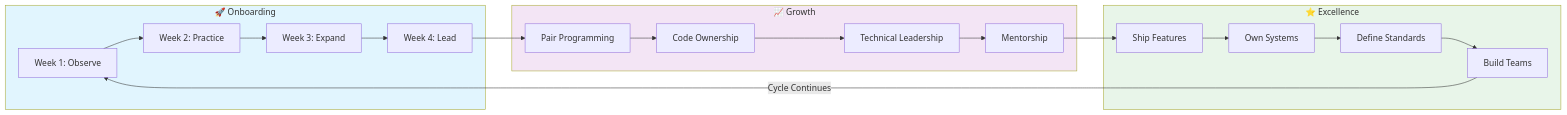
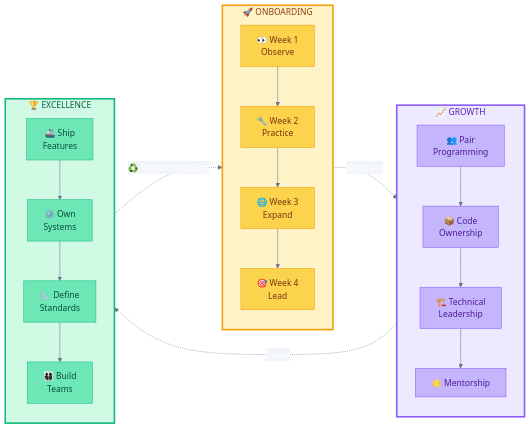
One commit to vadym-shukurov/management-and-culture changed the first of 2 diagrams in README.md. Above: the diagram before and after it, drawn with Mermaid. The commit also changed other lines of this file, not shown here.

Commit message:
Enhance Mermaid diagrams with beautiful styling
- Custom theme with vibrant colors
- Emoji icons for visual appeal
- Gradient-style node coloring
- Styled borders and connections
- Improved readability with multi-line labels

````diff
--- a/README.md
+++ b/README.md
@@ -17,28 +17,53 @@
 ```mermaid
+%%{init: {'theme': 'base', 'themeVariables': { 'primaryColor': '#6366f1', 'primaryTextColor': '#fff', 'primaryBorderColor': '#4f46e5', 'lineColor': '#64748b', 'secondaryColor': '#f1f5f9'}}}%%
 flowchart LR
-    subgraph ONBOARDING["🚀 Onboarding"]
-        A[Week 1: Observe] --> B[Week 2: Practice]
-        B --> C[Week 3: Expand]
-        C --> D[Week 4: Lead]
+    subgraph ONBOARDING["🚀 ONBOARDING"]
+        direction TB
+        A["👀 Week 1<br/>Observe"]
+        B["🔧 Week 2<br/>Practice"]
+        C["🌐 Week 3<br/>Expand"]
+        D["🎯 Week 4<br/>Lead"]
+        A --> B --> C --> D
     end
     
-    subgraph GROWTH["📈 Growth"]
-        E[Pair Programming] --> F[Code Ownership]
-        F --> G[Technical Leadership]
-        G --> H[Mentorship]
+    subgraph GROWTH["📈 GROWTH"]
+        direction TB
+        E["👥 Pair<br/>Programming"]
+        F["📦 Code<br/>Ownership"]
+        G["🏗️ Technical<br/>Leadership"]
+        H["🌟 Mentorship"]
+        E --> F --> G --> H
     end
     
-    subgraph EXCELLENCE["⭐ Excellence"]
-        I[Ship Features] --> J[Own Systems]
-        J --> K[Define Standards]
-        K --> L[Build Teams]
+    subgraph EXCELLENCE["🏆 EXCELLENCE"]
+        direction TB
+        I["🚢 Ship<br/>Features"]
+        J["⚙️ Own<br/>Systems"]
+        K["📐 Define<br/>Standards"]
+        L["👨‍👩‍👧‍👦 Build<br/>Teams"]
+        I --> J --> K --> L
     end
     
-    D --> E
-    H --> I
-    L --> |Cycle Continues| A
+    D -.->|"Graduate"| E
+    H -.->|"Evolve"| I
+    L -.->|"♻️ Mentor Next Gen"| A
     
-    style ONBOARDING fill:#e1f5fe
-    style GROWTH fill:#f3e5f5
-    style EXCELLENCE fill:#e8f5e9
+    style ONBOARDING fill:#fef3c7,stroke:#f59e0b,stroke-width:3px,color:#92400e
+    style GROWTH fill:#ede9fe,stroke:#8b5cf6,stroke-width:3px,color:#5b21b6
+    style EXCELLENCE fill:#d1fae5,stroke:#10b981,stroke-width:3px,color:#065f46
+    
+    style A fill:#fcd34d,stroke:#f59e0b,color:#78350f
+    style B fill:#fcd34d,stroke:#f59e0b,color:#78350f
+    style C fill:#fcd34d,stroke:#f59e0b,color:#78350f
+    style D fill:#fcd34d,stroke:#f59e0b,color:#78350f
+    
+    style E fill:#c4b5fd,stroke:#8b5cf6,color:#4c1d95
+    style F fill:#c4b5fd,stroke:#8b5cf6,color:#4c1d95
+    style G fill:#c4b5fd,stroke:#8b5cf6,color:#4c1d95
+    style H fill:#c4b5fd,stroke:#8b5cf6,color:#4c1d95
+    
+    style I fill:#6ee7b7,stroke:#10b981,color:#064e3b
+    style J fill:#6ee7b7,stroke:#10b981,color:#064e3b
+    style K fill:#6ee7b7,stroke:#10b981,color:#064e3b
+    style L fill:#6ee7b7,stroke:#10b981,color:#064e3b
 ```
````
